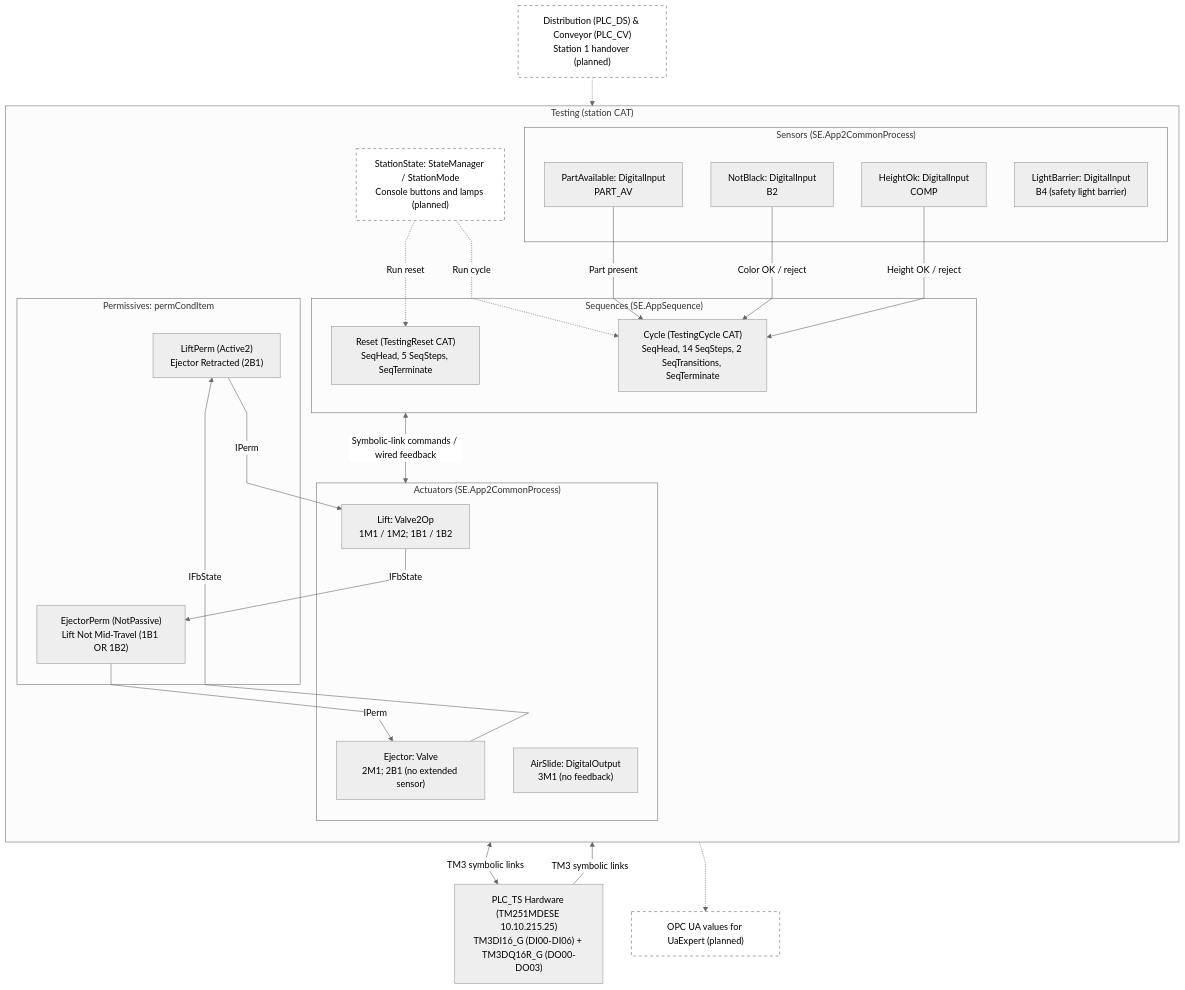
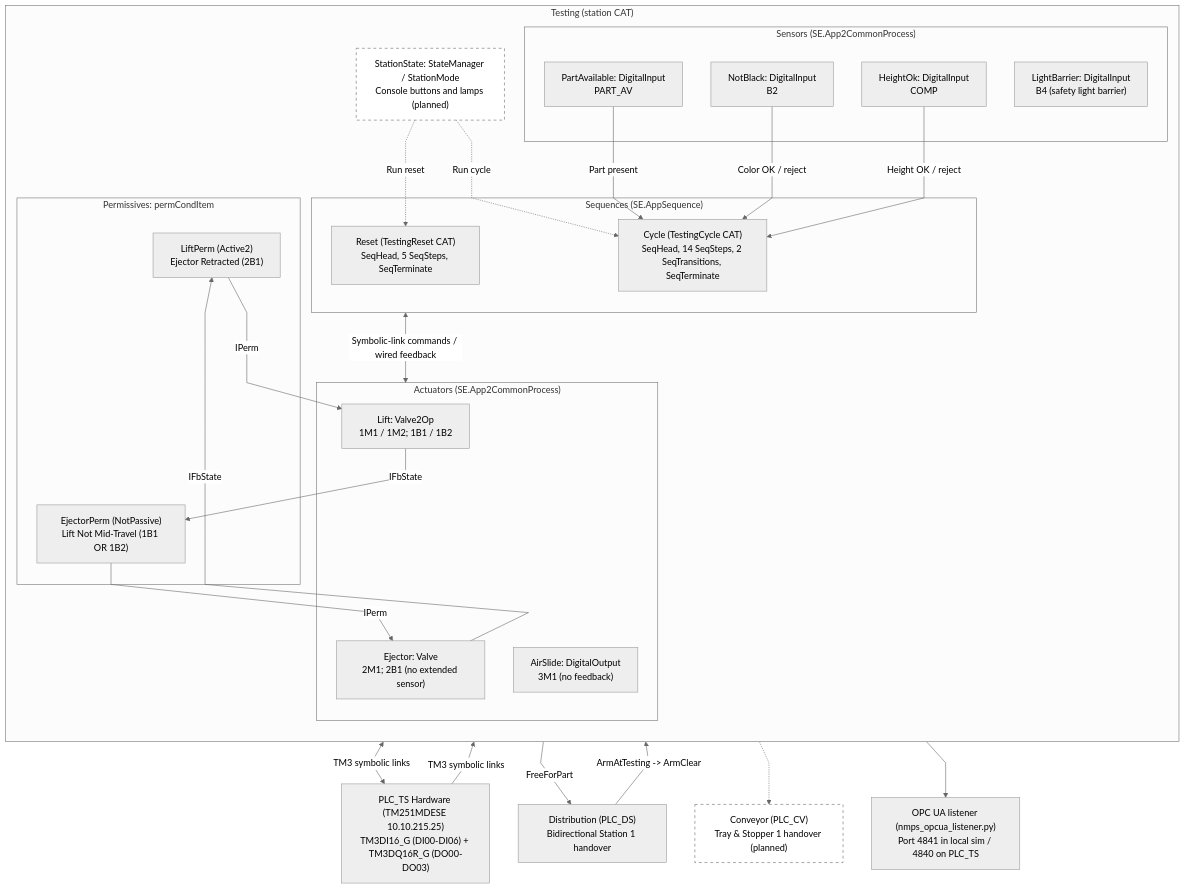
The first of 3 diagrams in docs/TESTING.md (D7017E-LLM-Based-Failure-Detection/ttt-MPS), drawn with Mermaid before and after one commit. The commit also changed other lines of this file and 1 other file, not shown here.

Commit message:
docs(station1): update Distribution and Testing docs for handover and simulation

````diff
--- a/docs/TESTING.md
+++ b/docs/TESTING.md
@@ -31,54 +31,57 @@
 ```mermaid
 %%{init: {"theme": "neutral", "flowchart": {"curve": "linear"}}}%%
 flowchart TB
     subgraph Testing["Testing (station CAT)"]
         direction TB
         StationState["StationState: StateManager / StationMode<br/>Console buttons and lamps (planned)"]
 
         subgraph Sequences["Sequences (SE.AppSequence)"]
             Reset["Reset (TestingReset CAT)<br/>SeqHead, 5 SeqSteps, SeqTerminate"]
             Cycle["Cycle (TestingCycle CAT)<br/>SeqHead, 14 SeqSteps, 2 SeqTransitions, SeqTerminate"]
         end
 
         subgraph Actuators["Actuators (SE.App2CommonProcess)"]
             Lift["Lift: Valve2Op<br/>1M1 / 1M2; 1B1 / 1B2"]
             Ejector["Ejector: Valve<br/>2M1; 2B1 (no extended sensor)"]
             AirSlide["AirSlide: DigitalOutput<br/>3M1 (no feedback)"]
         end
 
         subgraph Sensors["Sensors (SE.App2CommonProcess)"]
             PartAvailable["PartAvailable: DigitalInput<br/>PART_AV"]
             NotBlack["NotBlack: DigitalInput<br/>B2"]
             HeightOk["HeightOk: DigitalInput<br/>COMP"]
             LightBarrier["LightBarrier: DigitalInput<br/>B4 (safety light barrier)"]
         end
 
         subgraph Permissives["Permissives: permCondItem"]
             LiftPerm["LiftPerm (Active2)<br/>Ejector Retracted (2B1)"]
             EjectorPerm["EjectorPerm (NotPassive)<br/>Lift Not Mid-Travel (1B1 OR 1B2)"]
         end
 
         StationState -.->|Run reset| Reset
         StationState -.->|Run cycle| Cycle
         Sequences <-->|Symbolic-link commands / wired feedback| Actuators
         PartAvailable -->|Part present| Cycle
         NotBlack -->|Color OK / reject| Cycle
         HeightOk -->|Height OK / reject| Cycle
         Ejector -->|IFbState| LiftPerm
         LiftPerm -->|IPerm| Lift
         Lift -->|IFbState| EjectorPerm
         EjectorPerm -->|IPerm| Ejector
     end
 
     PLC["PLC_TS Hardware (TM251MDESE 10.10.215.25)<br/>TM3DI16_G (DI00-DI06) + TM3DQ16R_G (DO00-DO03)"]
-    Distribution["Distribution (PLC_DS) & Conveyor (PLC_CV)<br/>Station 1 handover (planned)"]
-    OPCUA["OPC UA values for UaExpert (planned)"]
+    Distribution["Distribution (PLC_DS)<br/>Bidirectional Station 1 handover"]
+    Conveyor["Conveyor (PLC_CV)<br/>Tray & Stopper 1 handover (planned)"]
+    OPCUA["OPC UA listener (nmps_opcua_listener.py)<br/>Port 4841 in local sim / 4840 on PLC_TS"]
 
     Actuators <-->|TM3 symbolic links| PLC
     PLC -->|TM3 symbolic links| Sensors
-    Distribution -.-> Testing
-    Testing -.-> OPCUA
+    Testing -->|FreeForPart| Distribution
+    Distribution -->|"ArmAtTesting -> ArmClear"| Cycle
+    Testing -.-> Conveyor
+    Testing --> OPCUA
 
     classDef planned fill:#fff,stroke:#666,stroke-dasharray:5 5
-    class StationState,Distribution,OPCUA planned
+    class StationState,Conveyor planned
 ```
````
